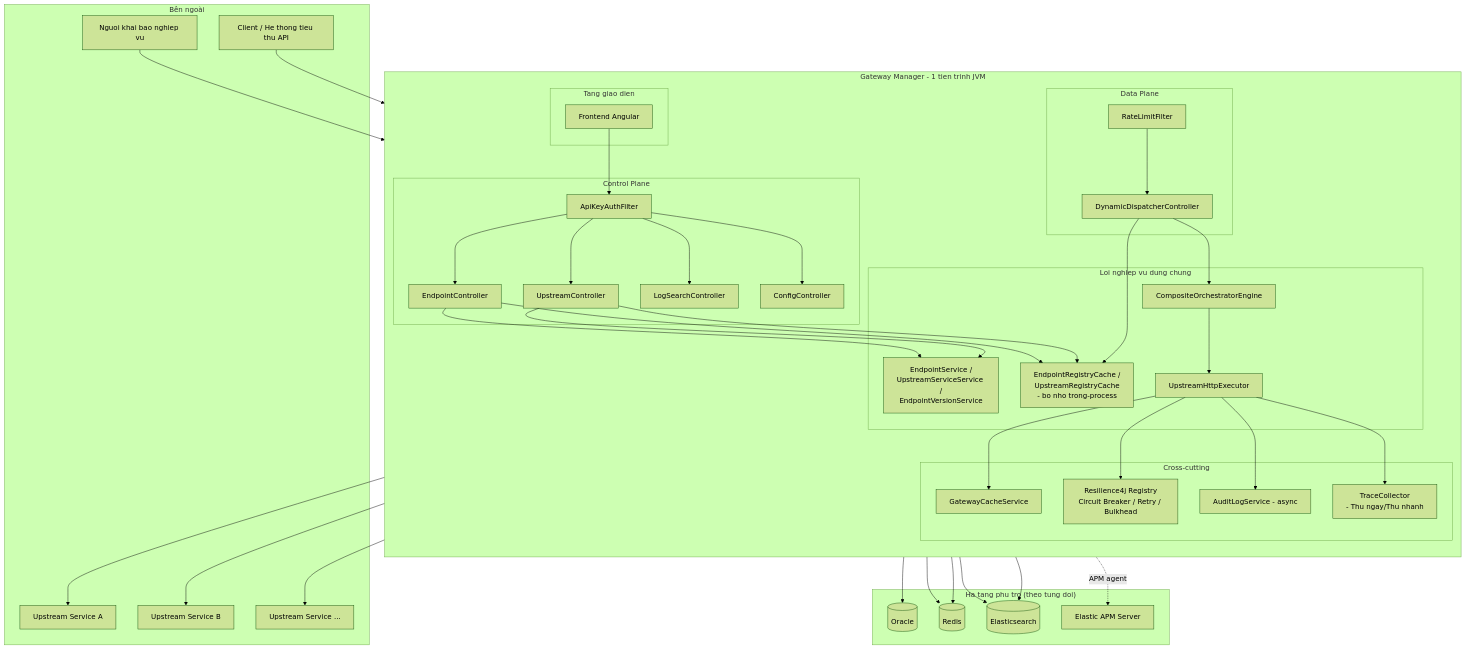
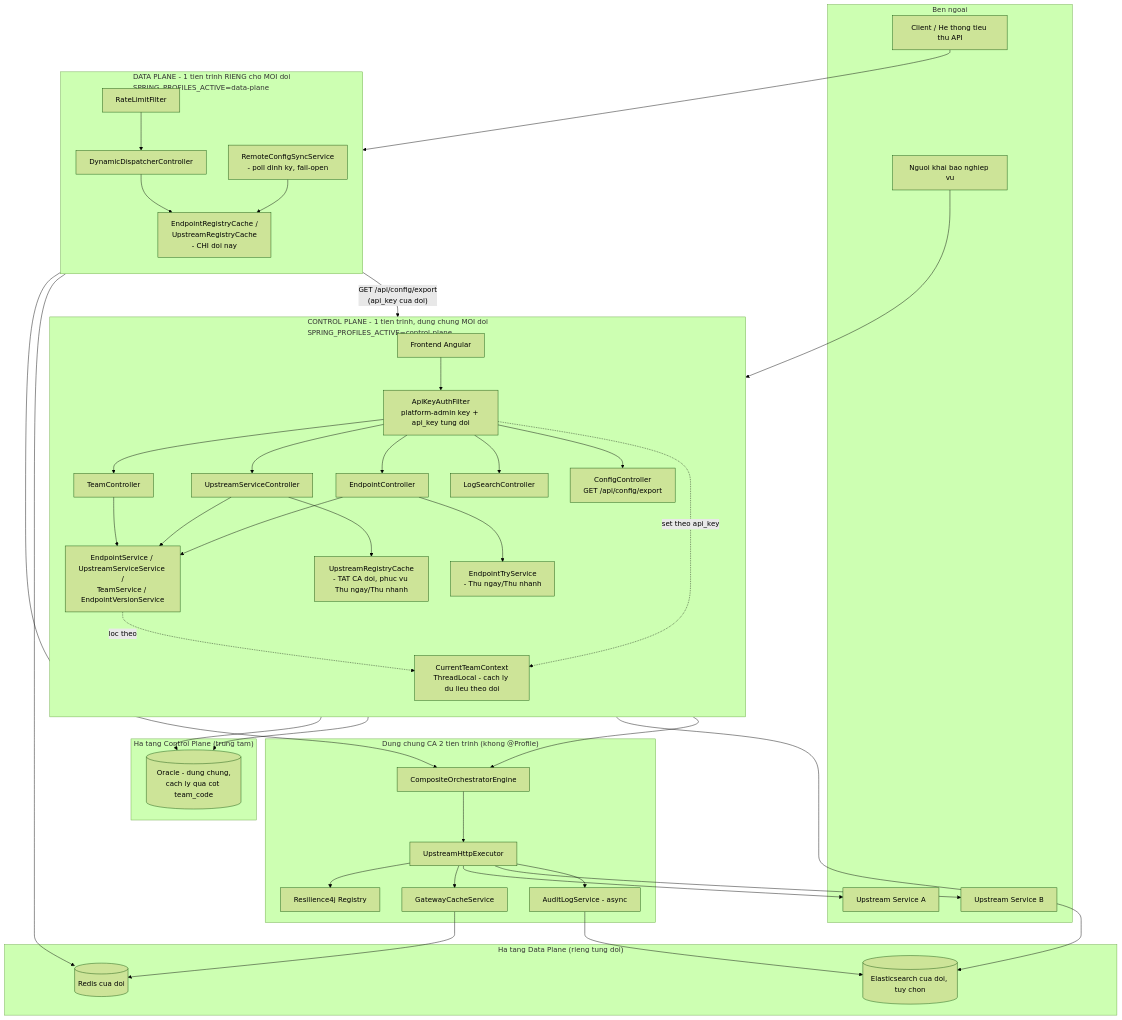
One commit to namlt24/product_4.0_02082026 changed the first of 6 diagrams in krakend-gateway-manager/docs/SAD-Gateway-Manager.md. Above: the diagram before and after it, drawn with Mermaid (forest theme). The commit also changed other lines of this file and 33 other files, not shown here.

````diff
--- a/krakend-gateway-manager/docs/SAD-Gateway-Manager.md
+++ b/krakend-gateway-manager/docs/SAD-Gateway-Manager.md
@@ -76,71 +84,69 @@
 ```mermaid
 flowchart TB
-    subgraph EXT["Bên ngoài"]
+    subgraph EXT["Ben ngoai"]
         CLIENT[Client / He thong tieu thu API]
         USER[Nguoi khai bao nghiep vu]
         UP1[Upstream Service A]
         UP2[Upstream Service B]
-        UPn[Upstream Service ...]
     end
 
-    subgraph GWM["Gateway Manager - 1 tien trinh JVM"]
+    subgraph CP["CONTROL PLANE - 1 tien trinh, dung chung MOI doi<br/>SPRING_PROFILES_ACTIVE=control-plane"]
         direction TB
-
-        subgraph WEB["Tang giao dien"]
-            FE[Frontend Angular]
-        end
-
-        subgraph CTRL["Control Plane"]
-            AUTH[ApiKeyAuthFilter]
-            EPCTRL[EndpointController]
-            UPCTRL[UpstreamController]
-            LOGCTRL[LogSearchController]
-            CFGCTRL[ConfigController]
-        end
-
-        subgraph DATA["Data Plane"]
-            DISPATCH[DynamicDispatcherController]
-            RATELIMIT[RateLimitFilter]
-        end
-
-        subgraph CORE["Loi nghiep vu dung chung"]
-            ENGINE[CompositeOrchestratorEngine]
-            EXEC[UpstreamHttpExecutor]
-            REG[EndpointRegistryCache /<br/>UpstreamRegistryCache<br/>- bo nho trong-process]
-            SVC[EndpointService /<br/>UpstreamServiceService /<br/>EndpointVersionService]
-        end
-
-        subgraph CROSS["Cross-cutting"]
-            CACHE[GatewayCacheService]
-            AUDIT[AuditLogService - async]
-            RESIL[Resilience4j Registry<br/>Circuit Breaker / Retry / Bulkhead]
-            TRACE[TraceCollector<br/>- Thu ngay/Thu nhanh]
-        end
+        FE[Frontend Angular]
+        AUTH_CP[ApiKeyAuthFilter<br/>platform-admin key + api_key tung doi]
+        EPCTRL[EndpointController]
+        UPCTRL[UpstreamServiceController]
+        TEAMCTRL[TeamController]
+        LOGCTRL[LogSearchController]
+        CFGCTRL[ConfigController<br/>GET /api/config/export]
+        SVC[EndpointService / UpstreamServiceService /<br/>TeamService / EndpointVersionService]
+        UREG_CP[UpstreamRegistryCache<br/>- TAT CA doi, phuc vu Thu ngay/Thu nhanh]
+        TRY[EndpointTryService<br/>- Thu ngay/Thu nhanh]
+        CTX[CurrentTeamContext<br/>ThreadLocal - cach ly du lieu theo doi]
     end
 
-    subgraph INFRA["Ha tang phu tro (theo tung doi)"]
-        ORACLE[(Oracle)]
-        REDIS[(Redis)]
-        ES[(Elasticsearch)]
-        APM[Elastic APM Server]
+    subgraph DP["DATA PLANE - 1 tien trinh RIENG cho MOI doi<br/>SPRING_PROFILES_ACTIVE=data-plane"]
+        direction TB
+        DISPATCH[DynamicDispatcherController]
+        RATELIMIT[RateLimitFilter]
+        SYNC[RemoteConfigSyncService<br/>- poll dinh ky, fail-open]
+        EREG_DP[EndpointRegistryCache /<br/>UpstreamRegistryCache<br/>- CHI doi nay]
     end
 
-    USER --> FE --> AUTH
-    AUTH --> EPCTRL & UPCTRL & LOGCTRL & CFGCTRL
-    EPCTRL & UPCTRL --> SVC --> ORACLE
-    EPCTRL & UPCTRL --> REG
+    subgraph CORE["Dung chung CA 2 tien trinh (khong @Profile)"]
+        ENGINE[CompositeOrchestratorEngine]
+        EXEC[UpstreamHttpExecutor]
+        CACHE[GatewayCacheService]
+        AUDIT[AuditLogService - async]
+        RESIL[Resilience4j Registry]
+    end
+
+    subgraph INFRA_CP["Ha tang Control Plane (trung tam)"]
+        ORACLE[(Oracle - dung chung,<br/>cach ly qua cot team_code)]
+    end
+    subgraph INFRA_DP["Ha tang Data Plane (rieng tung doi)"]
+        REDIS[(Redis cua doi)]
+        ES[(Elasticsearch cua doi, tuy chon)]
+    end
+
+    USER --> FE --> AUTH_CP
+    AUTH_CP --> EPCTRL & UPCTRL & TEAMCTRL & LOGCTRL & CFGCTRL
+    AUTH_CP -.->|set theo api_key| CTX
+    EPCTRL & UPCTRL & TEAMCTRL --> SVC --> ORACLE
+    SVC -.->|loc theo| CTX
+    UPCTRL --> UREG_CP --> ORACLE
     LOGCTRL --> ES
+    EPCTRL --> TRY --> ENGINE
 
     CLIENT --> RATELIMIT --> DISPATCH
-    DISPATCH --> REG
+    DISPATCH --> EREG_DP
     DISPATCH --> ENGINE
+    SYNC -->|"GET /api/config/export<br/>(api_key cua doi)"| CFGCTRL
+    SYNC --> EREG_DP
     ENGINE --> EXEC
     EXEC --> RESIL
     EXEC --> CACHE --> REDIS
-    EXEC --> UP1 & UP2 & UPn
+    EXEC --> UP1 & UP2
     EXEC --> AUDIT --> ES
-    EXEC --> TRACE
     RATELIMIT --> REDIS
-
-    GWM -.->|APM agent| APM
 ```
````
